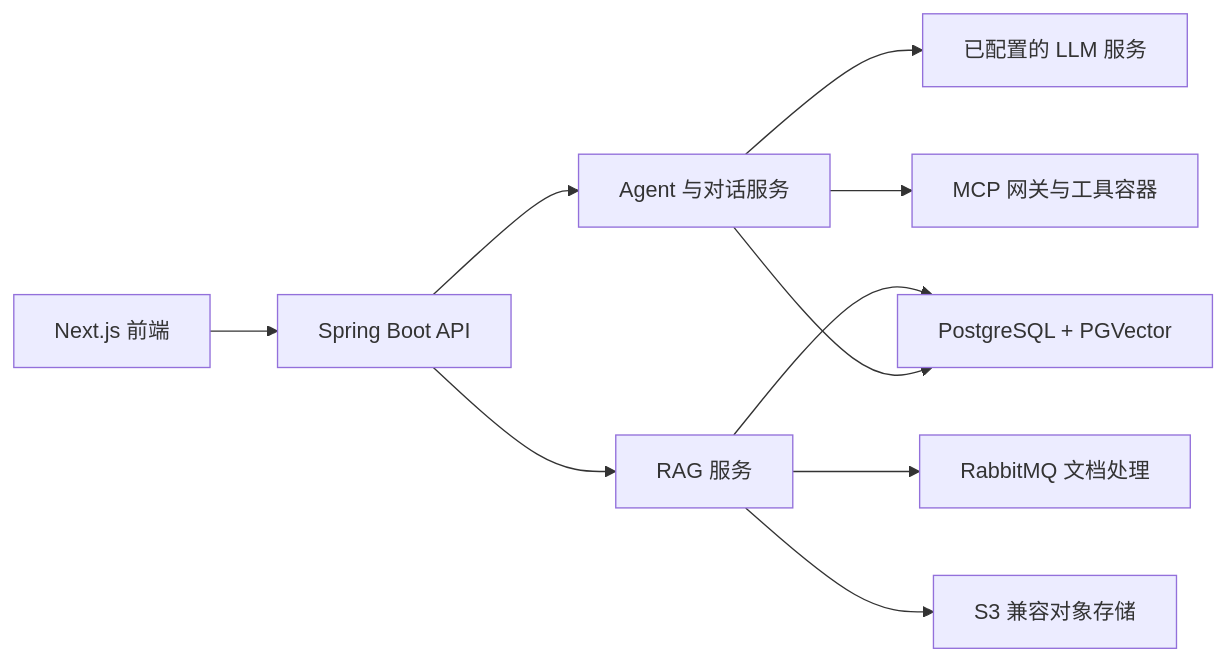
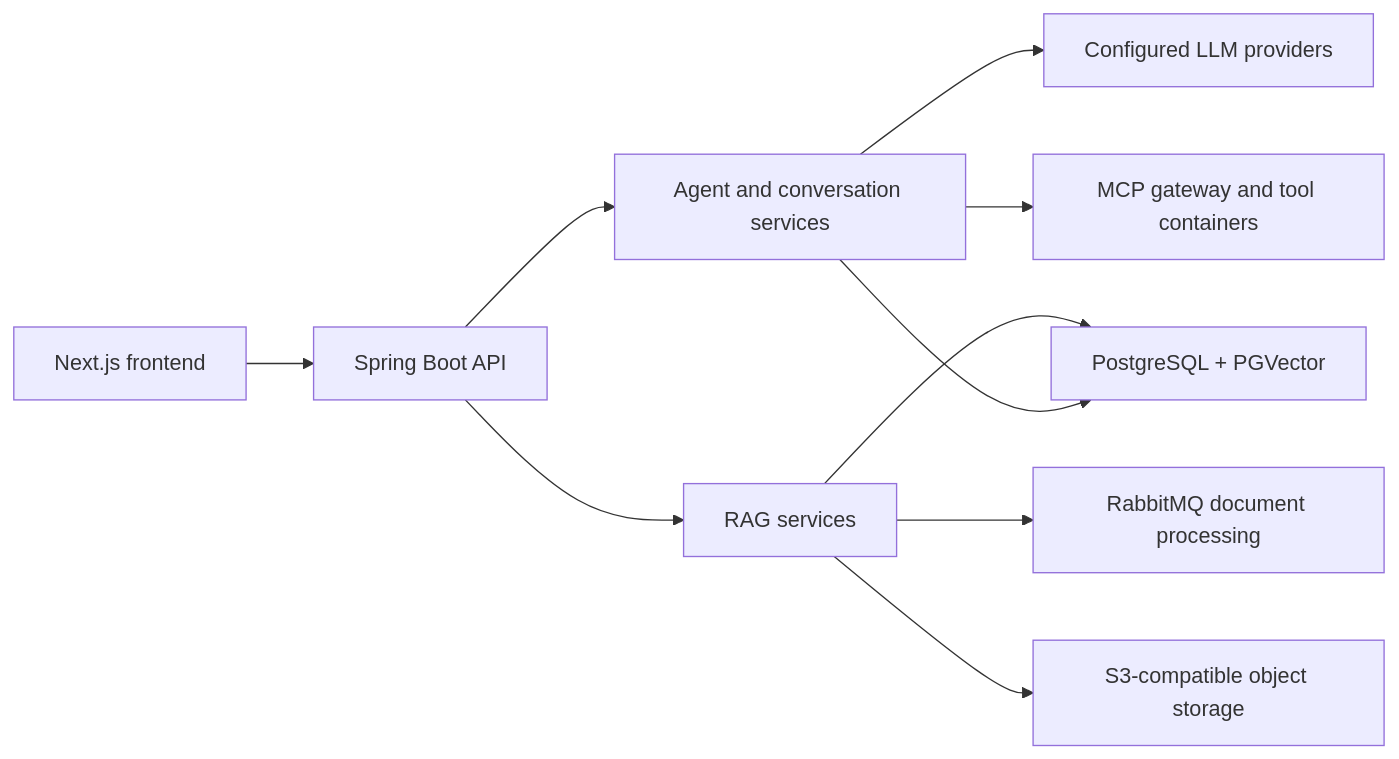
Before and after one commit to NEDONION/rag-agent-platform: the diagram in README.md, drawn with Mermaid. The commit also changed other lines of this file and 3 other files, not shown here.

````diff
--- a/README.md
+++ b/README.md
@@ -136,12 +131,12 @@
 ```mermaid
 flowchart LR
-    Browser["Next.js 前端"] --> API["Spring Boot API"]
-    API --> Agent["Agent 与对话服务"]
-    API --> RAG["RAG 服务"]
-    Agent --> LLM["已配置的 LLM 服务"]
-    Agent --> MCP["MCP 网关与工具容器"]
-    RAG --> Queue["RabbitMQ 文档处理"]
+    Browser["Next.js frontend"] --> API["Spring Boot API"]
+    API --> Agent["Agent and conversation services"]
+    API --> RAG["RAG services"]
+    Agent --> LLM["Configured LLM providers"]
+    Agent --> MCP["MCP gateway and tool containers"]
+    RAG --> Queue["RabbitMQ document processing"]
     RAG --> Data["PostgreSQL + PGVector"]
-    RAG --> Storage["S3 兼容对象存储"]
+    RAG --> Storage["S3-compatible object storage"]
     Agent --> Data
 ```
````
